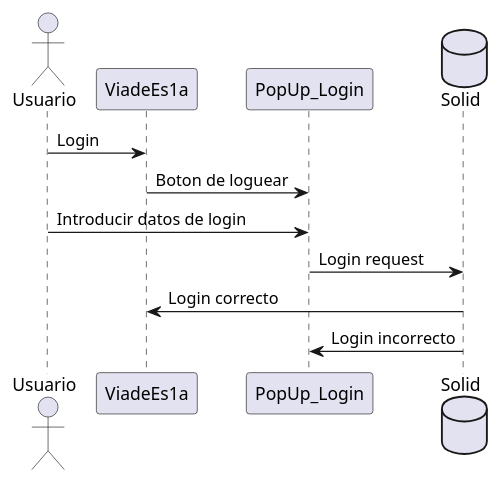
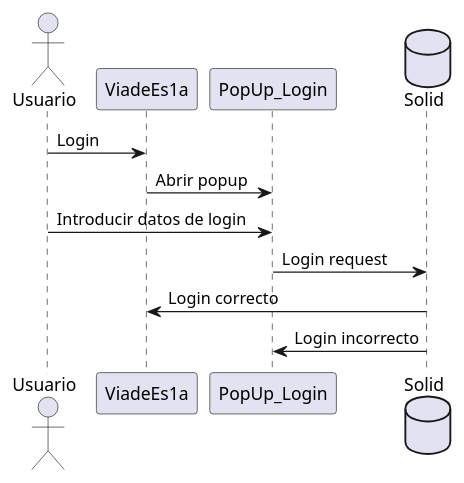
One commit to Arquisoft/viade_es1a changed the first of 4 diagrams in src/docs/06_runtime_view.adoc. Above: the diagram before and after it, drawn with PlantUML. The commit also changed other lines of this file, not shown here.

Commit message:
Corregido diagrama 6.2

```diff
--- a/src/docs/06_runtime_view.adoc
+++ b/src/docs/06_runtime_view.adoc
@@ -6,16 +6,16 @@
 [plantuml,Inicio Sesión,png]
 ----
 @startuml
 
 actor Usuario
 Usuario -> ViadeEs1a: Login 
-ViadeEs1a -> PopUp_Login:Boton de loguear
+ViadeEs1a -> PopUp_Login:Abrir popup
 Usuario -> PopUp_Login:Introducir datos de login
 database Solid
 PopUp_Login -> Solid:Login request
 Solid -> ViadeEs1a:   Login correcto
 Solid -> PopUp_Login:   Login incorrecto
 
 
 @enduml
 ----
```
